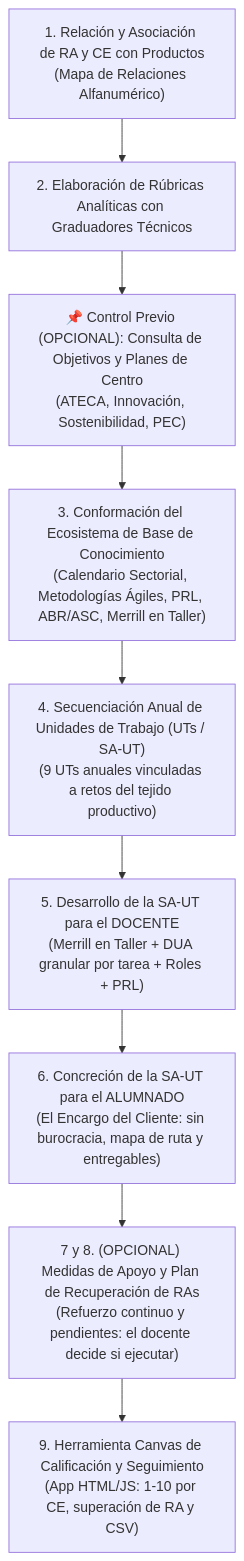
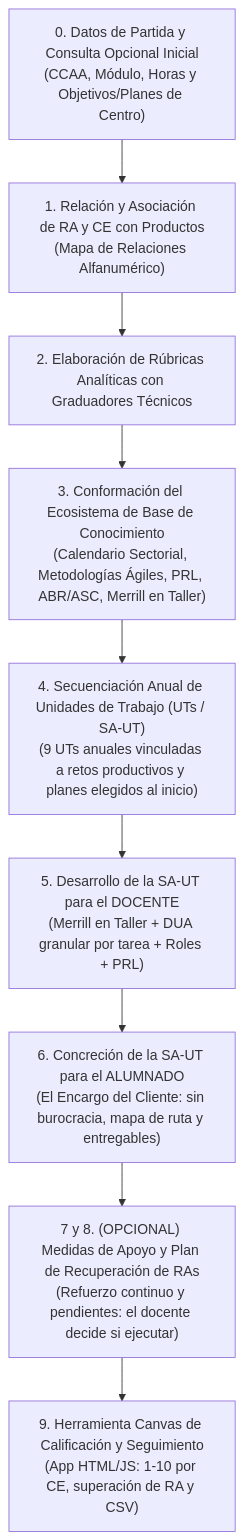
One commit to nmarafo/OpenDidactia changed the diagram in docs/guia_elaboracion_programaciones_y_ut_fp.md. Above: the diagram before and after it, drawn with Mermaid. The commit also changed other lines of this file and 6 other files, not shown here.

Commit message:
feat: consultar incorporacion de objetivos, planes y programas opcional desde el inicio

````diff
--- a/docs/guia_elaboracion_programaciones_y_ut_fp.md
+++ b/docs/guia_elaboracion_programaciones_y_ut_fp.md
@@ -30,11 +30,11 @@
 ```mermaid
 graph TD
-    A["1. Relación y Asociación de RA y CE con Productos<br>(Mapa de Relaciones Alfanumérico)"] --> B["2. Elaboración de Rúbricas Analíticas con Graduadores Técnicos"]
-    B --> CP["📌 Control Previo (OPCIONAL): Consulta de Objetivos y Planes de Centro<br>(ATECA, Innovación, Sostenibilidad, PEC)"]
-    CP --> C["3. Conformación del Ecosistema de Base de Conocimiento<br>(Calendario Sectorial, Metodologías Ágiles, PRL, ABR/ASC, Merrill en Taller)"]
-    C --> D["4. Secuenciación Anual de Unidades de Trabajo (UTs / SA-UT)<br>(9 UTs anuales vinculadas a retos del tejido productivo)"]
+    DP["0. Datos de Partida y Consulta Opcional Inicial<br>(CCAA, Módulo, Horas y Objetivos/Planes de Centro)"] --> A["1. Relación y Asociación de RA y CE con Productos<br>(Mapa de Relaciones Alfanumérico)"]
+    A --> B["2. Elaboración de Rúbricas Analíticas con Graduadores Técnicos"]
+    B --> C["3. Conformación del Ecosistema de Base de Conocimiento<br>(Calendario Sectorial, Metodologías Ágiles, PRL, ABR/ASC, Merrill en Taller)"]
+    C --> D["4. Secuenciación Anual de Unidades de Trabajo (UTs / SA-UT)<br>(9 UTs anuales vinculadas a retos productivos y planes elegidos al inicio)"]
     D --> E["5. Desarrollo de la SA-UT para el DOCENTE<br>(Merrill en Taller + DUA granular por tarea + Roles + PRL)"]
     E --> F["6. Concreción de la SA-UT para el ALUMNADO<br>(El Encargo del Cliente: sin burocracia, mapa de ruta y entregables)"]
     F --> G["7 y 8. (OPCIONAL) Medidas de Apoyo y Plan de Recuperación de RAs<br>(Refuerzo continuo y pendientes: el docente decide si ejecutar)"]
     G --> I["9. Herramienta Canvas de Calificación y Seguimiento<br>(App HTML/JS: 1-10 por CE, superación de RA y CSV)"]
 ```
````
